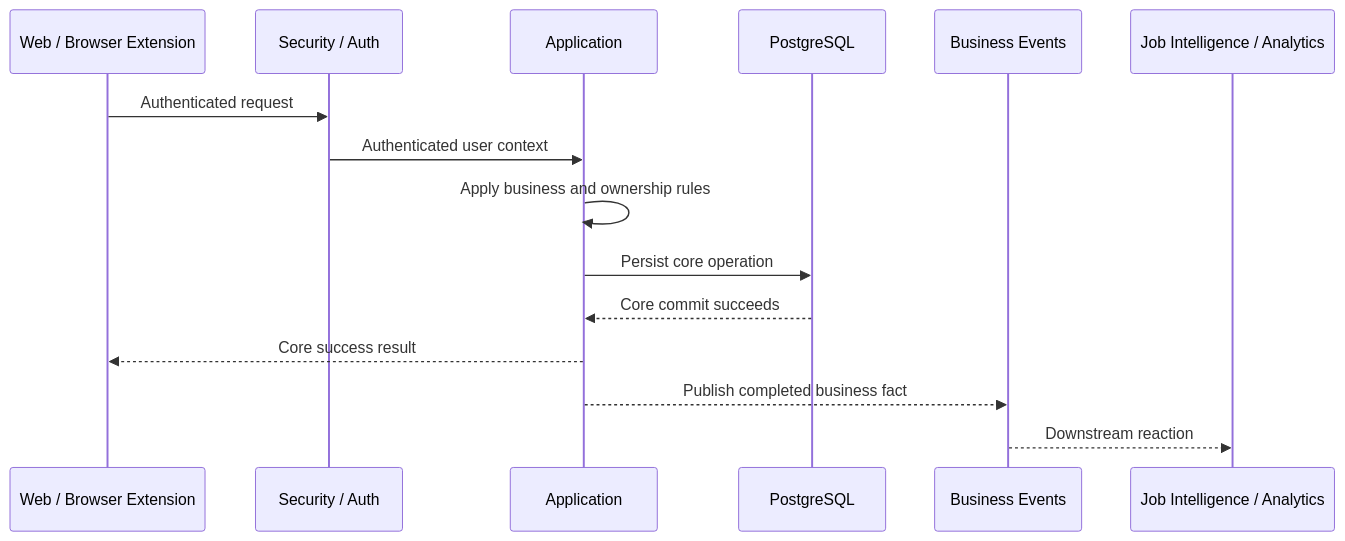
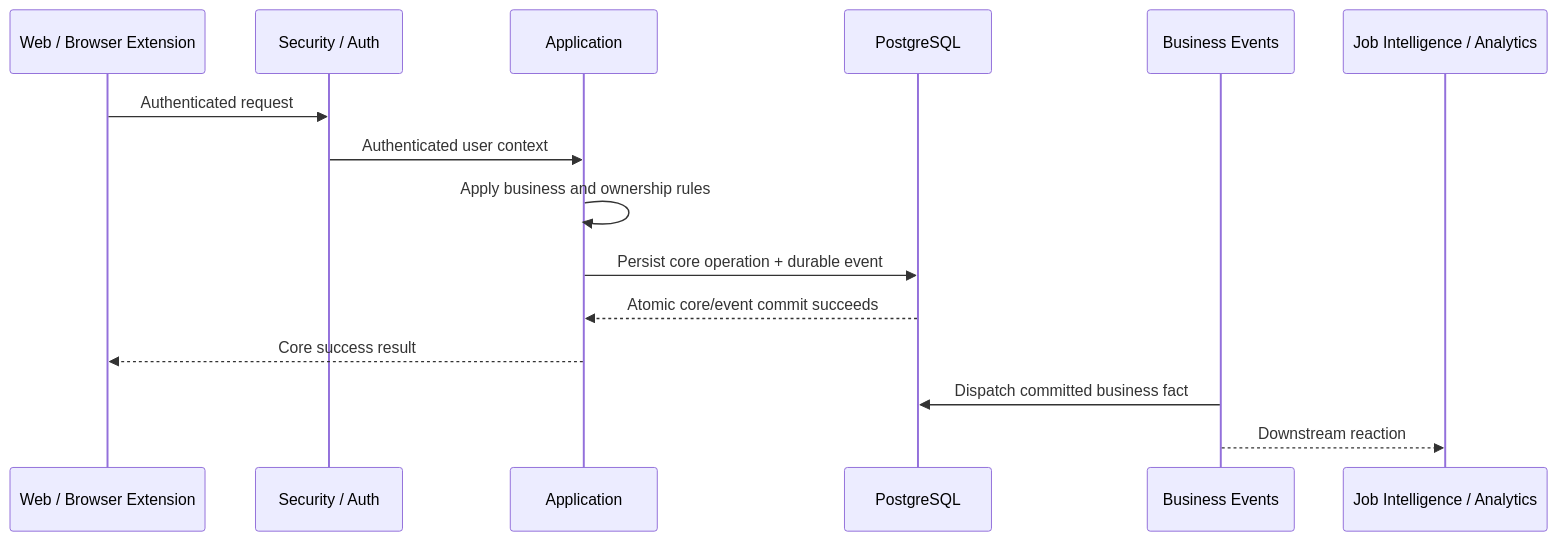
Before and after one commit to peter383666/offerbuddy-engineering: the fifth of 6 diagrams in architecture/sprint-2-architecture-design.md, drawn with Mermaid. The commit also changed other lines of this file and 12 other files, not shown here.

````diff
--- a/architecture/sprint-2-architecture-design.md
+++ b/architecture/sprint-2-architecture-design.md
@@ -245,18 +245,18 @@
 ```mermaid
 sequenceDiagram
     participant Client as Web / Browser Extension
     participant Security as Security / Auth
     participant Application as Application
     participant DB as PostgreSQL
     participant Events as Business Events
     participant Downstream as Job Intelligence / Analytics
 
     Client->>Security: Authenticated request
     Security->>Application: Authenticated user context
     Application->>Application: Apply business and ownership rules
-    Application->>DB: Persist core operation
-    DB-->>Application: Core commit succeeds
+    Application->>DB: Persist core operation + durable event
+    DB-->>Application: Atomic core/event commit succeeds
     Application-->>Client: Core success result
-    Application-->>Events: Publish completed business fact
+    Events->>DB: Dispatch committed business fact
     Events-->>Downstream: Downstream reaction
 ```
````
